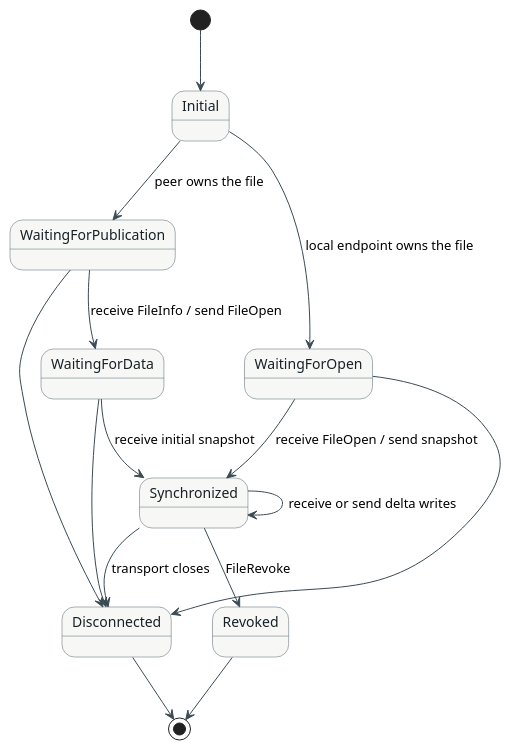
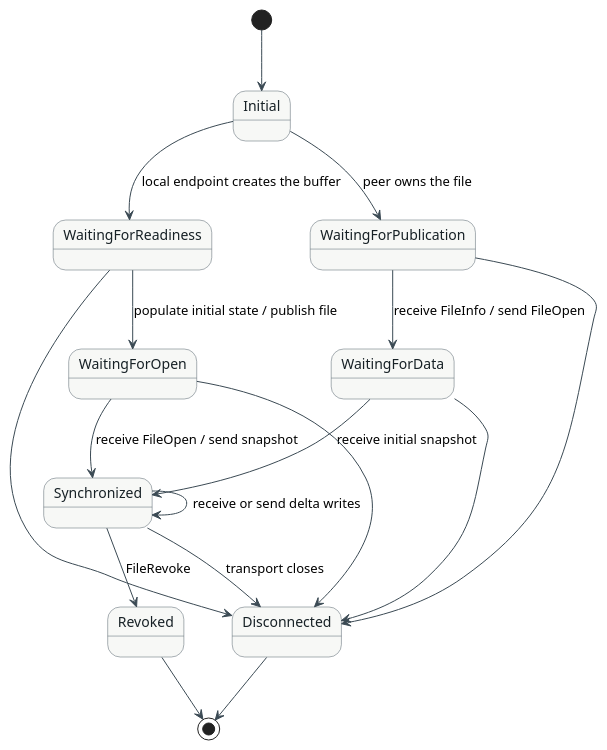
One commit to cogu/apx changed the diagram in diagrams/session-file-state.puml. Above: the diagram before and after it, drawn with PlantUML. The commit also changed 7 other files, not shown here.

```diff
--- a/diagrams/session-file-state.puml
+++ b/diagrams/session-file-state.puml
@@ -1,26 +1,28 @@
 @startuml
 skinparam backgroundColor transparent
 skinparam shadowing false
 skinparam defaultFontName sans-serif
 skinparam state {
   BackgroundColor #F7F8F6
   BorderColor #53616A
   FontColor #172126
 }
 skinparam ArrowColor #3B4A54
 
 [*] --> Initial
 Initial --> WaitingForPublication : peer owns the file
-Initial --> WaitingForOpen : local endpoint owns the file
+Initial --> WaitingForReadiness : local endpoint creates the buffer
+WaitingForReadiness --> WaitingForOpen : populate initial state / publish file
 WaitingForPublication --> WaitingForData : receive FileInfo / send FileOpen
 WaitingForOpen --> Synchronized : receive FileOpen / send snapshot
 WaitingForData --> Synchronized : receive initial snapshot
 Synchronized --> Synchronized : receive or send delta writes
 Synchronized --> Revoked : FileRevoke
 Synchronized --> Disconnected : transport closes
 WaitingForPublication --> Disconnected
+WaitingForReadiness --> Disconnected
 WaitingForOpen --> Disconnected
 WaitingForData --> Disconnected
 Revoked --> [*]
 Disconnected --> [*]
 @enduml
```
